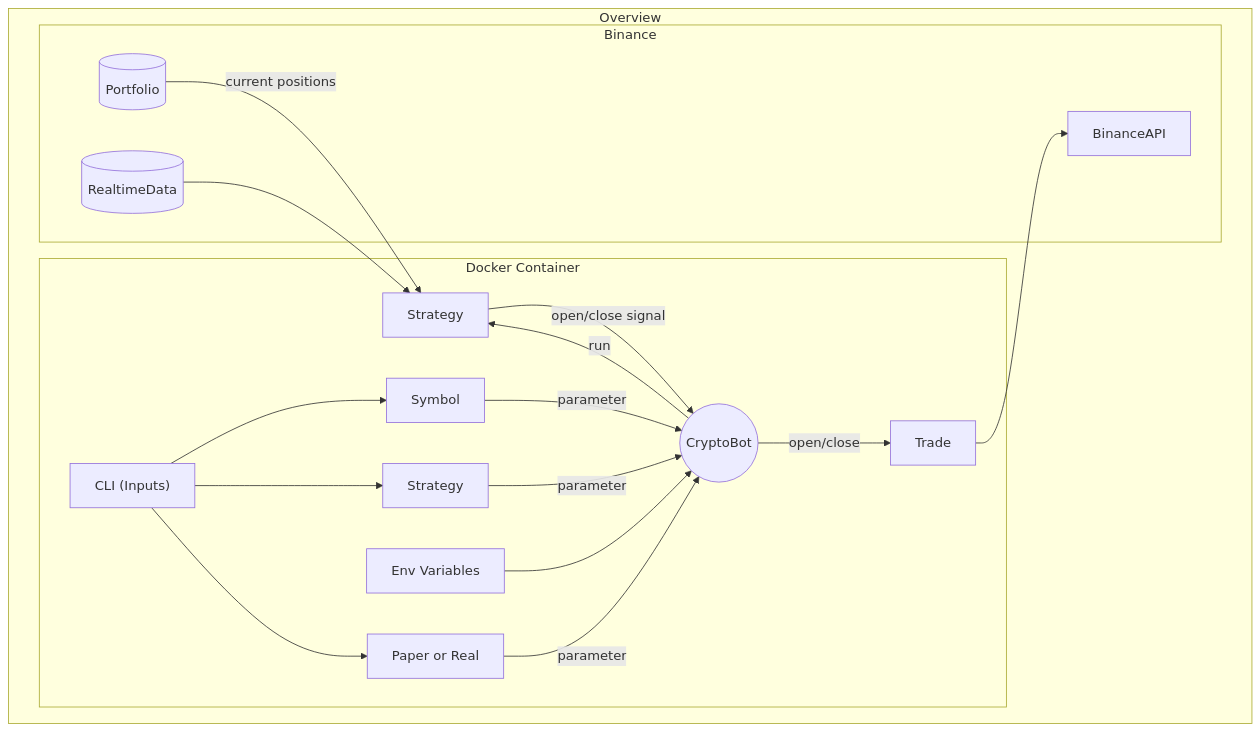
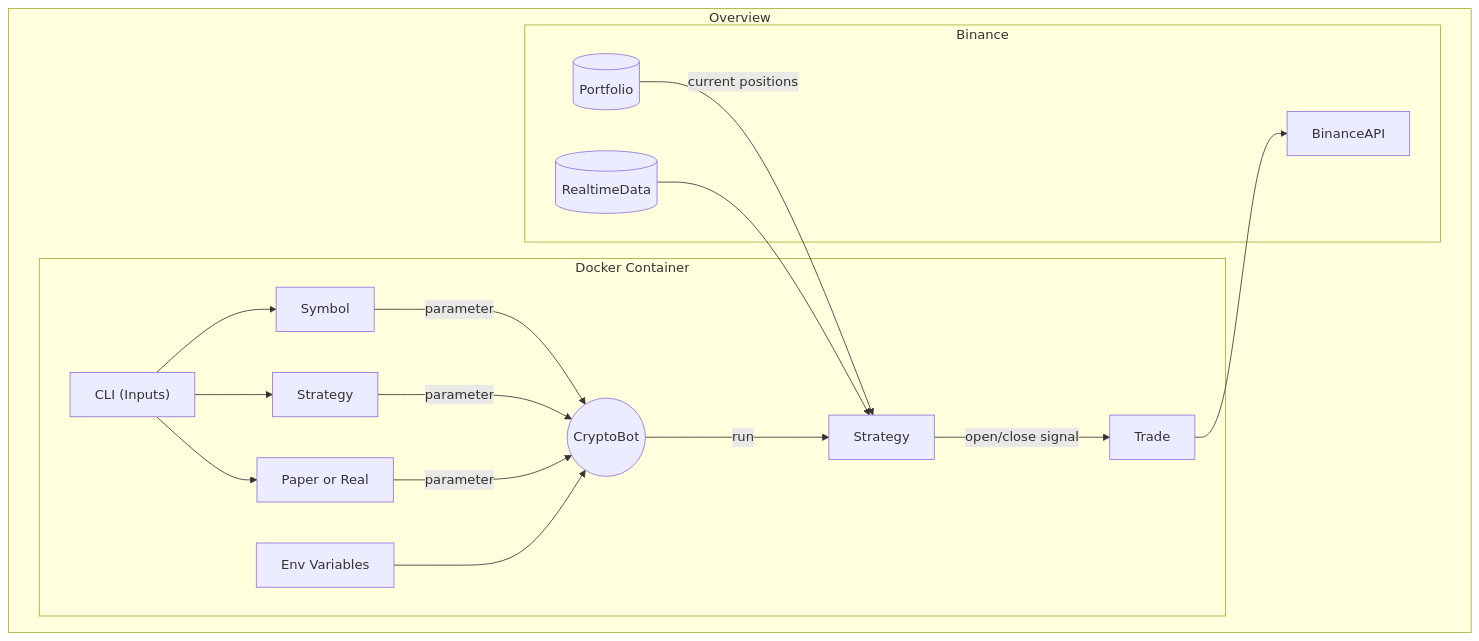
The diagram in README.md (DomSperanza/CryptoTrading), drawn with Mermaid before and after one commit.

Commit message:
slight structure chage

````diff
--- a/README.md
+++ b/README.md
@@ -19,29 +19,28 @@
 ```mermaid
     flowchart TD
     subgraph Overview
         subgraph Docker Container 
         Env[Env Variables]
         
         CLI["CLI (Inputs)"] --> Symbol[Symbol]
         CLI --> InputStrat[Strategy]
         CLI --> Type[Paper or Real]
 
         Symbol -- parameter --> CryptoBot((CryptoBot))
         InputStrat -- parameter --> CryptoBot
         Type -- parameter --> CryptoBot
         Env --> CryptoBot
 
         CryptoBot -- run --> Strategy
-        CryptoBot -- open/close --> Trade
-        Strategy -- open/close signal --> CryptoBot
+        Strategy -- open/close signal --> Trade
 
         end
         subgraph Binance
 
             Portfolio[(Portfolio)] -- current positions --> Strategy
             RealtimeData[(RealtimeData)] --> Strategy
             BinanceAPI
         end
             Trade --> BinanceAPI
     end
 ```
````
